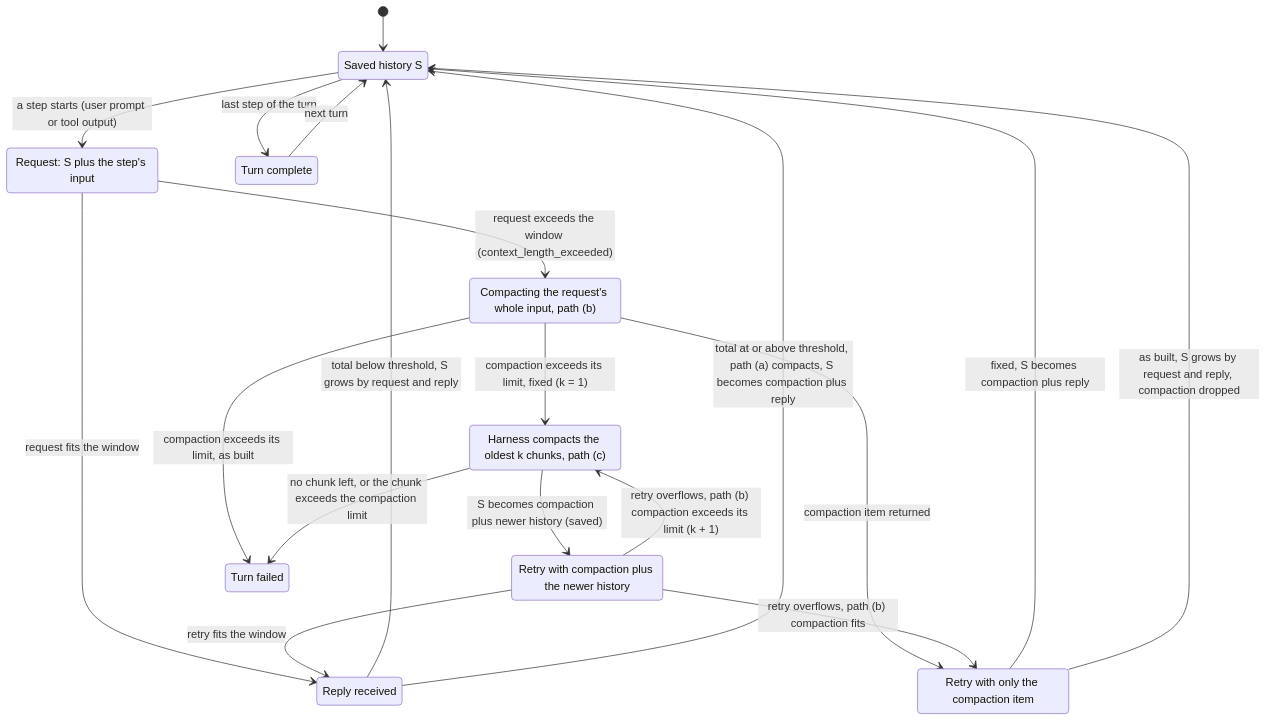
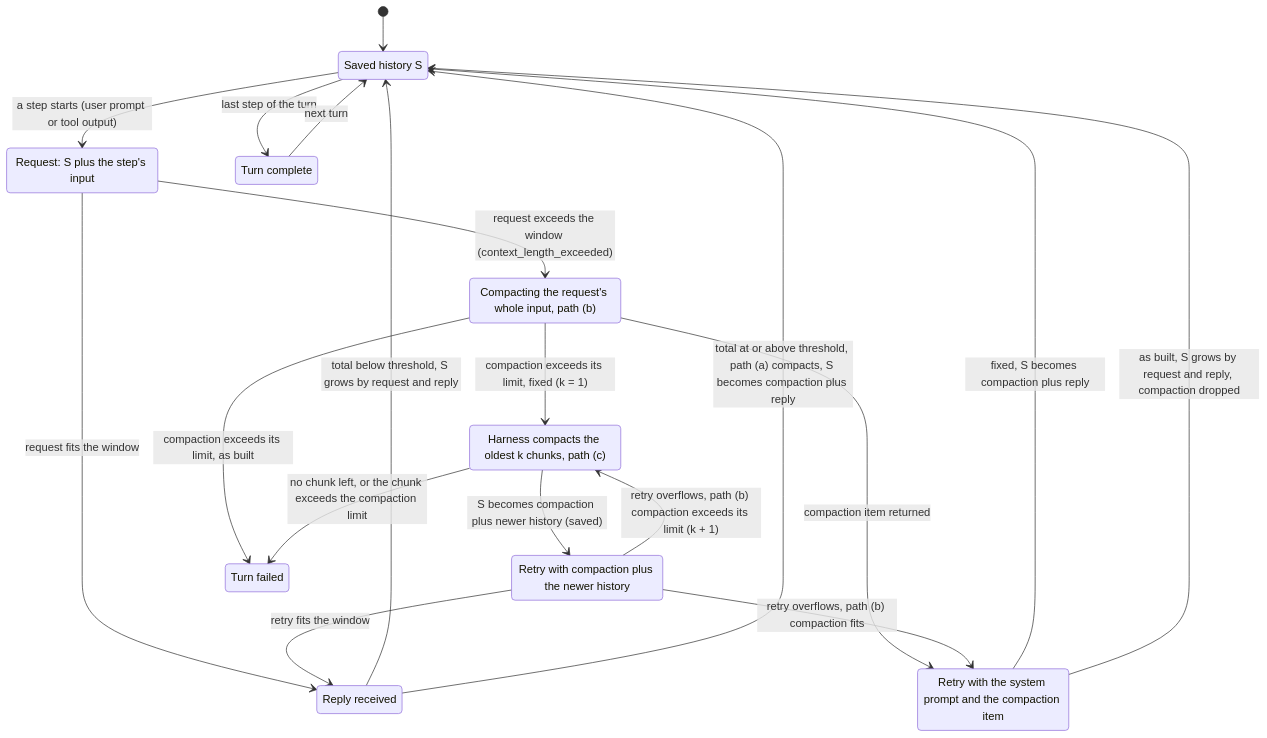
The diagram in docs/verification/codex-context-overflow-compaction/README.md (Rocketable/platform), drawn with Mermaid before and after one commit. The commit also changed other lines of this file and 20 other files, not shown here.

First line of the commit message:
internal/rocketclaw: let GPT-6.2 models cache the system prompt

````diff
--- a/docs/verification/codex-context-overflow-compaction/README.md
+++ b/docs/verification/codex-context-overflow-compaction/README.md
@@ -59,30 +63,30 @@
 ```mermaid
 stateDiagram-v2
   state "Saved history S" as Saved
   state "Request: S plus the step's input" as Request
   state "Reply received" as Reply
   state "Compacting the request's whole input, path (b)" as Compacting
-  state "Retry with only the compaction item" as Retry
+  state "Retry with the system prompt and the compaction item" as Retry
   state "Harness compacts the oldest k chunks, path (c)" as Chunked
   state "Retry with compaction plus the newer history" as ChunkRetry
   state "Turn failed" as Failed
   state "Turn complete" as Done
   [*] --> Saved
   Saved --> Request: a step starts (user prompt or tool output)
   Request --> Reply: request fits the window
   Request --> Compacting: request exceeds the window (context_length_exceeded)
   Reply --> Saved: total below threshold, S grows by request and reply
   Reply --> Saved: total at or above threshold, path (a) compacts, S becomes compaction plus reply
   Compacting --> Retry: compaction item returned
   Compacting --> Failed: compaction exceeds its limit, as built
   Compacting --> Chunked: compaction exceeds its limit, fixed (k = 1)
   Chunked --> ChunkRetry: S becomes compaction plus newer history (saved)
   Chunked --> Failed: no chunk left, or the chunk exceeds the compaction limit
   ChunkRetry --> Reply: retry fits the window
   ChunkRetry --> Retry: retry overflows, path (b) compaction fits
   ChunkRetry --> Chunked: retry overflows, path (b) compaction exceeds its limit (k + 1)
   Retry --> Saved: fixed, S becomes compaction plus reply
   Retry --> Saved: as built, S grows by request and reply, compaction dropped
   Saved --> Done: last step of the turn
   Done --> Saved: next turn
 ```
````
